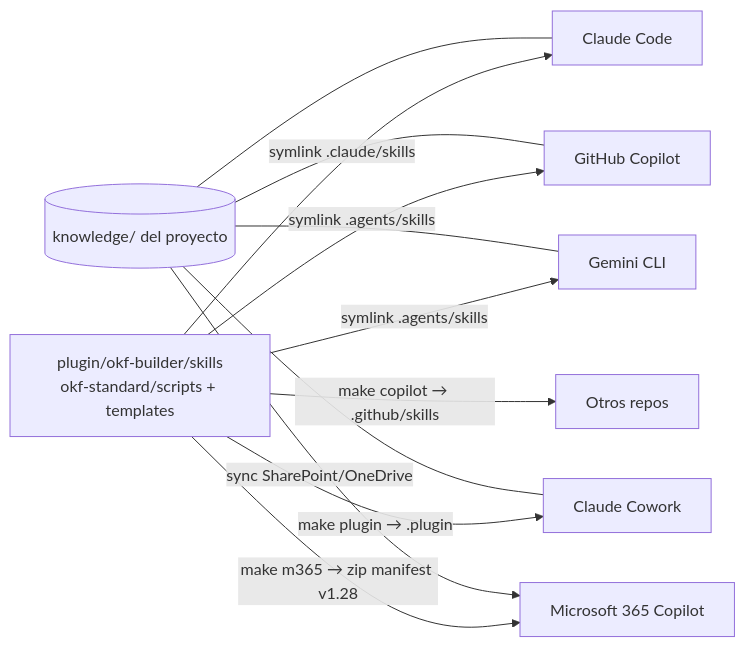
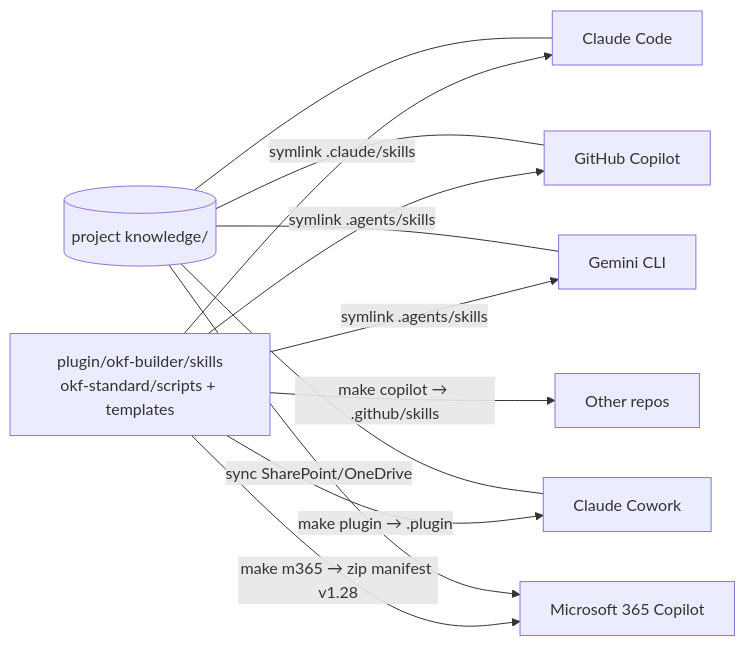
The diagram in knowledge/architecture/single-source-projections.md (jisequilla/j3r3-okf-builder), drawn with Mermaid before and after one commit. The commit also changed other lines of this file and 38 other files, not shown here.

````diff
--- a/knowledge/architecture/single-source-projections.md
+++ b/knowledge/architecture/single-source-projections.md
@@ -12,12 +12,12 @@
 ```mermaid
 flowchart LR
   SRC[plugin/okf-builder/skills<br/>okf-standard/scripts + templates] 
   SRC -->|symlink .claude/skills| CC[Claude Code]
   SRC -->|symlink .agents/skills| GH[GitHub Copilot]
   SRC -->|symlink .agents/skills| GM[Gemini CLI]
   SRC -->|make plugin → .plugin| CW[Claude Cowork]
   SRC -->|make m365 → zip manifest v1.28| M365[Microsoft 365 Copilot]
-  SRC -->|make copilot → .github/skills| OTR[Otros repos]
-  K[(knowledge/ del proyecto)] --- CC & GH & GM & CW
+  SRC -->|make copilot → .github/skills| OTR[Other repos]
+  K[(project knowledge/)] --- CC & GH & GM & CW
   K -->|sync SharePoint/OneDrive| M365
 ```
````
